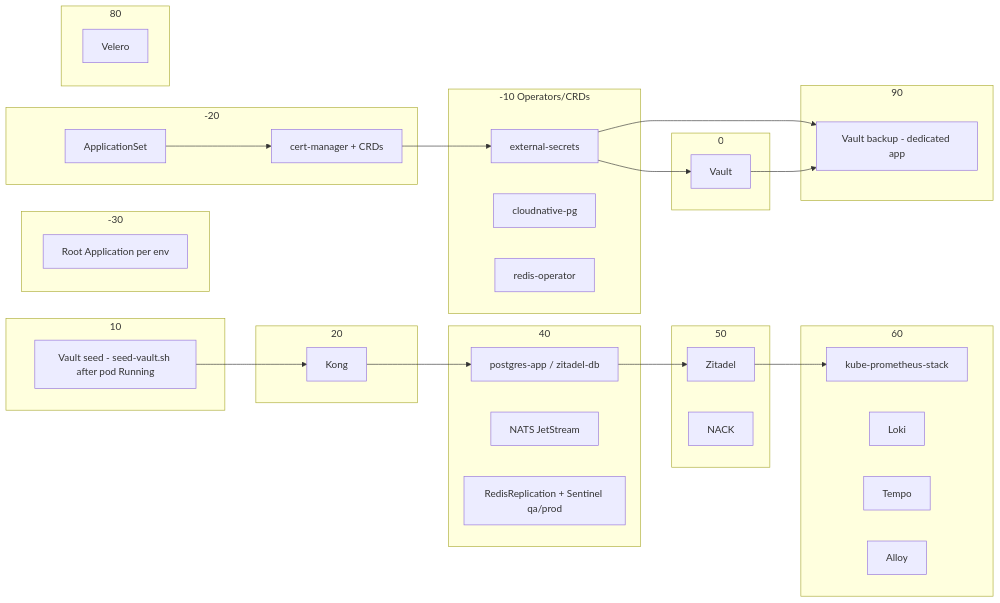
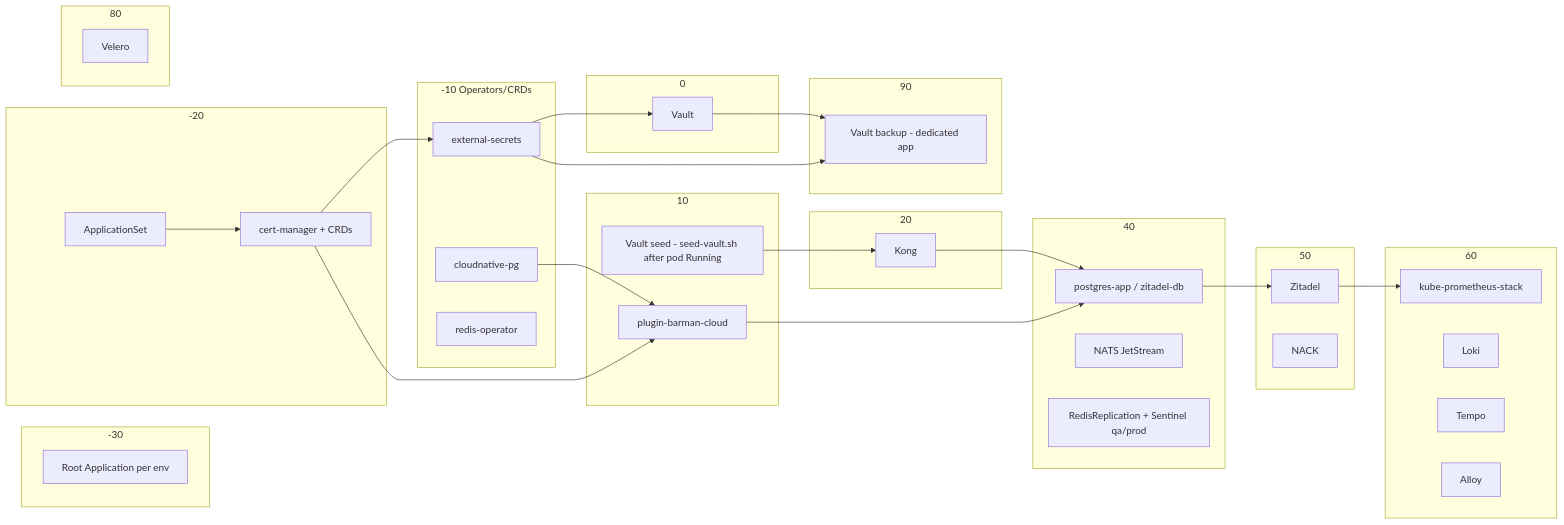
The second of 3 diagrams in docs/architecture.md (sca-templates/infra-kubernetes), drawn with Mermaid before and after one commit. The commit also changed other lines of this file and 18 other files, not shown here.

First line of the commit message:
feat(db): add barman cloud plugin for cnpg backups

````diff
--- a/docs/architecture.md
+++ b/docs/architecture.md
@@ -199,54 +204,58 @@
 ```mermaid
 graph LR
     subgraph W-30["-30"]
         A[Root Application per env]
     end
     subgraph W-20["-20"]
         B[ApplicationSet]
         C[cert-manager + CRDs]
     end
     subgraph W-10["-10 Operators/CRDs"]
         D[external-secrets]
         F[cloudnative-pg]
         H[redis-operator]
     end
     subgraph W0["0"]
         I[Vault]
     end
     subgraph W10["10"]
         J[Vault seed - seed-vault.sh after pod Running]
+        P1[plugin-barman-cloud]
     end
     subgraph W20["20"]
         K[Kong]
     end
     subgraph W40["40"]
         M[postgres-app / zitadel-db]
         N[NATS JetStream]
         O[RedisReplication + Sentinel qa/prod]
     end
     subgraph W50["50"]
         P[Zitadel]
         P2[NACK]
     end
     subgraph W60["60"]
         Q[kube-prometheus-stack]
         R[Loki]
         S[Tempo]
         T[Alloy]
     end
     subgraph W80["80"]
         V[Velero]
     end
     subgraph W90["90"]
         W[Vault backup - dedicated app]
     end
     B --> C
     C --> D
     D --> I
+    C --> P1
+    F --> P1
     J --> K
     K --> M
+    P1 --> M
     M --> P
     P --> Q
     D --> W
     I --> W
 ```
````
